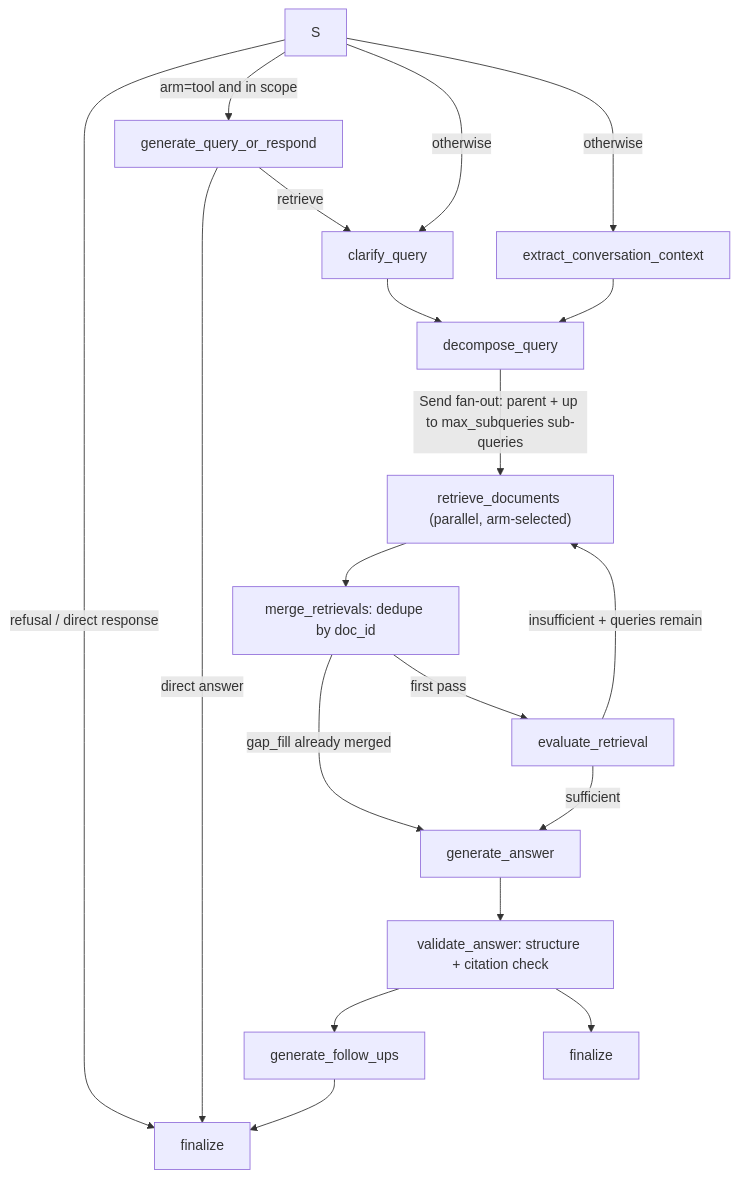
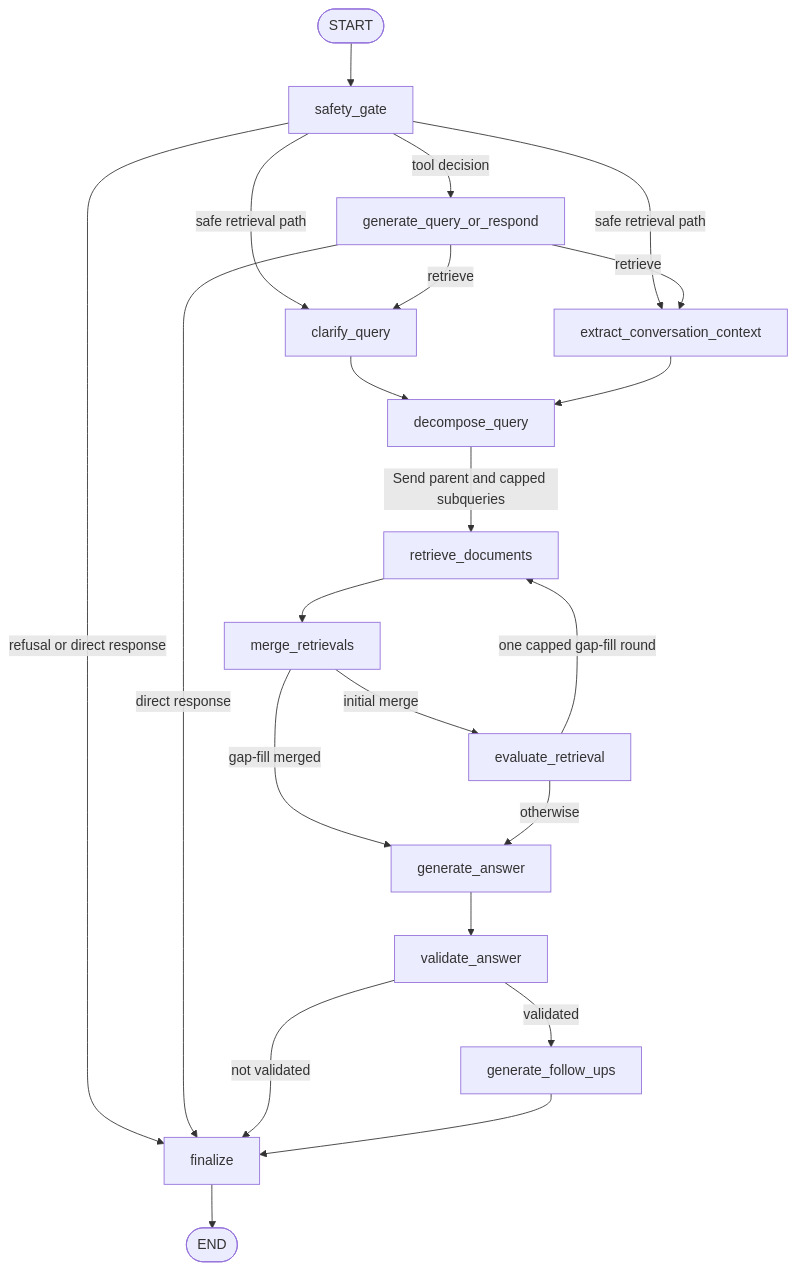
One commit to siddicky/healthcare-rag-langgraph changed the diagram in openwiki/architecture/overview.md. Above: the diagram before and after it, drawn with Mermaid. The commit also changed other lines of this file and 16 other files, not shown here.

````diff
--- a/openwiki/architecture/overview.md
+++ b/openwiki/architecture/overview.md
@@ -24,21 +29,24 @@
 ```mermaid
 flowchart TD
-  S -->|"refusal / direct response"| F["finalize"]
-  S -->|"arm=tool and in scope"| Q["generate_query_or_respond"]
-  S -->|"otherwise"| C["clarify_query"]
-  S -->|"otherwise"| X["extract_conversation_context"]
-  Q -->|"direct answer"| F
-  Q -->|"retrieve"| C
-  C --> D["decompose_query"]
-  X --> D
-  D -->|"Send fan-out: parent + up to max_subqueries sub-queries"| R["retrieve_documents (parallel, arm-selected)"]
-  R --> M["merge_retrievals: dedupe by doc_id"]
-  M -->|"gap_fill already merged"| G["generate_answer"]
-  M -->|"first pass"| E["evaluate_retrieval"]
-  E -->|"insufficient + queries remain"| R
-  E -->|"sufficient"| G
-  G --> V["validate_answer: structure + citation check"]
-  V --> FU["generate_follow_ups"]
-  V --> FU2["finalize"]
-  FU --> F
+  Start([START]) --> Gate["safety_gate"]
+  Gate -->|"refusal or direct response"| Final["finalize"]
+  Gate -->|"tool decision"| Query["generate_query_or_respond"]
+  Gate -->|"safe retrieval path"| Clarify["clarify_query"]
+  Gate -->|"safe retrieval path"| Context["extract_conversation_context"]
+  Query -->|"direct response"| Final
+  Query -->|"retrieve"| Clarify
+  Query -->|"retrieve"| Context
+  Clarify --> Decompose["decompose_query"]
+  Context --> Decompose
+  Decompose -->|"Send parent and capped subqueries"| Retrieve["retrieve_documents"]
+  Retrieve --> Merge["merge_retrievals"]
+  Merge -->|"initial merge"| Evaluate["evaluate_retrieval"]
+  Merge -->|"gap-fill merged"| Generate["generate_answer"]
+  Evaluate -->|"one capped gap-fill round"| Retrieve
+  Evaluate -->|"otherwise"| Generate
+  Generate --> Validate["validate_answer"]
+  Validate -->|"validated"| Followups["generate_follow_ups"]
+  Validate -->|"not validated"| Final
+  Followups --> Final
+  Final --> Done([END])
 ```
````
